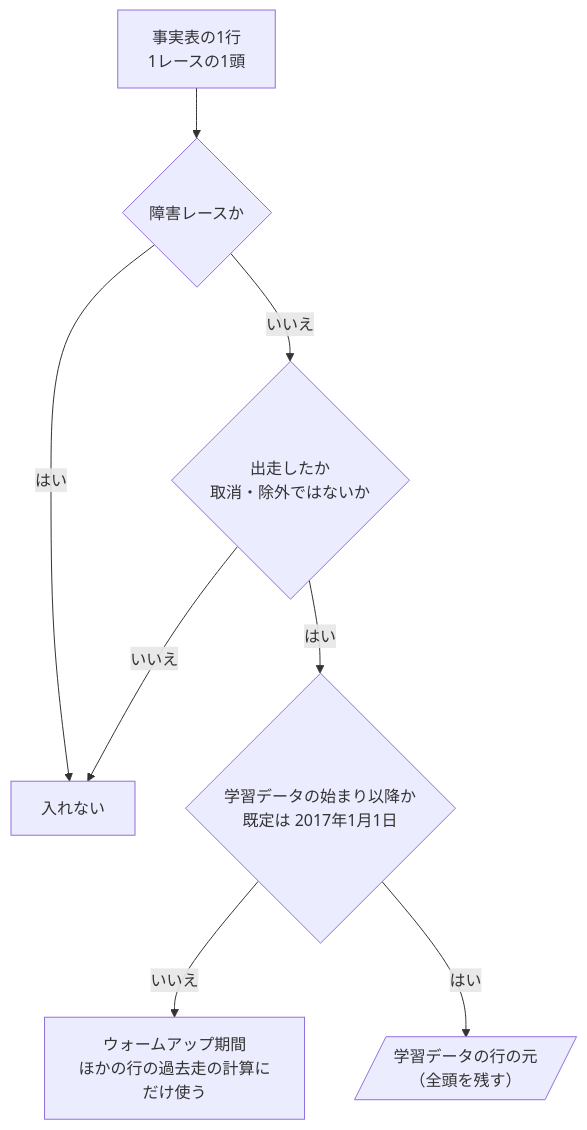
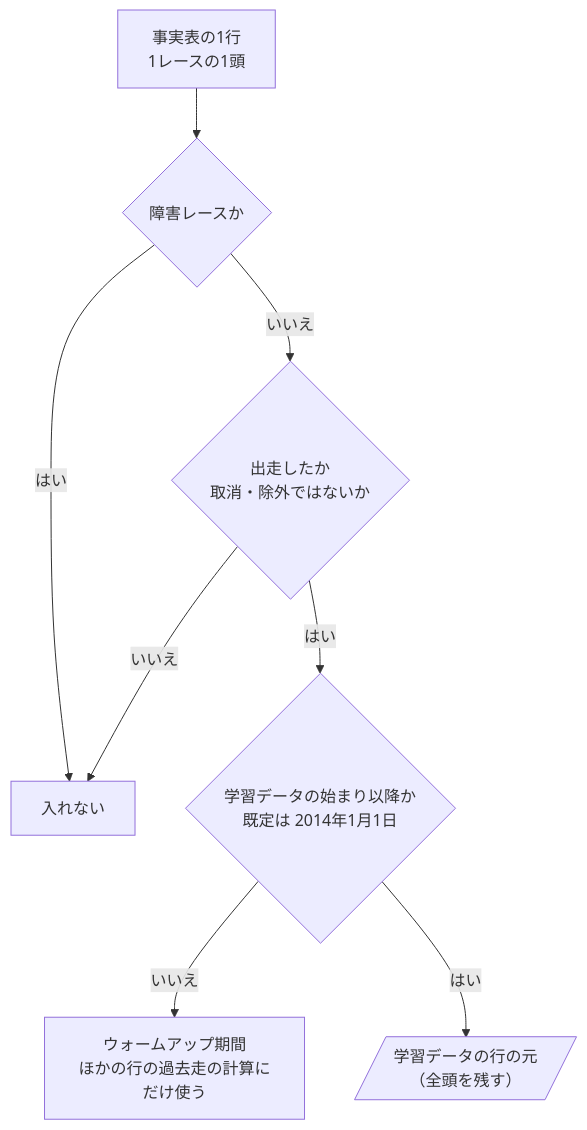
The fourth of 7 diagrams in docs/design/展開から着順を予想/06-flowchart.md (ht-0328/keiba-yosou), drawn with Mermaid before and after one commit. The commit also changed 47 other files, not shown here.

````diff
--- a/docs/design/展開から着順を予想/06-flowchart.md
+++ b/docs/design/展開から着順を予想/06-flowchart.md
@@ -88,10 +88,10 @@
 ```mermaid
 flowchart TD
     S["事実表の1行<br>1レースの1頭"] --> Q1{"障害レースか"}
     Q1 -->|はい| X["入れない"]
     Q1 -->|いいえ| Q2{"出走したか<br>取消・除外ではないか"}
     Q2 -->|いいえ| X
-    Q2 -->|はい| Q3{"学習データの始まり以降か<br>既定は 2017年1月1日"}
+    Q2 -->|はい| Q3{"学習データの始まり以降か<br>既定は 2014年1月1日"}
     Q3 -->|いいえ| W["ウォームアップ期間<br>ほかの行の過去走の計算にだけ使う"]
     Q3 -->|はい| R[/"学習データの行の元<br>（全頭を残す）"/]
 ```
````
